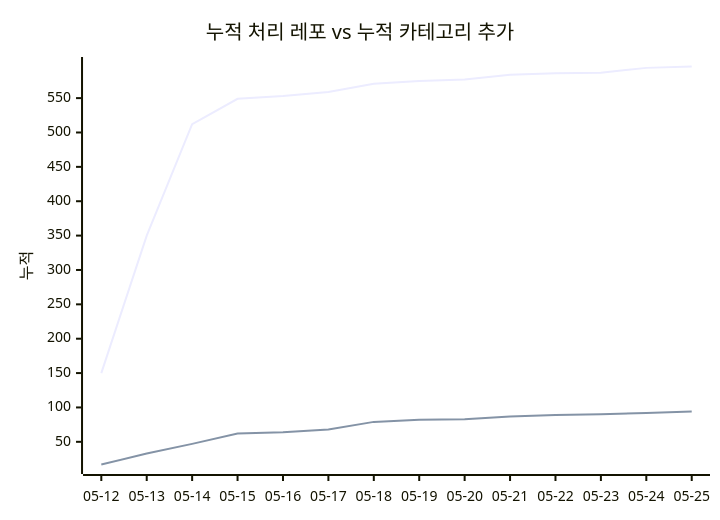
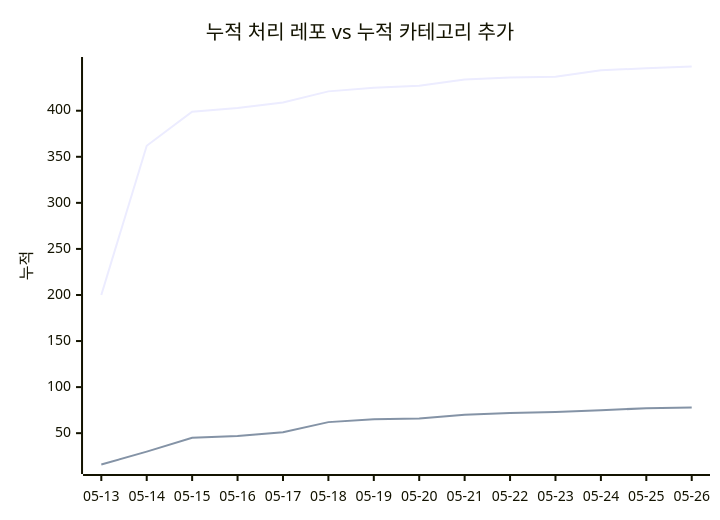
The second of 2 diagrams in docs/trends.md (J-nowcow/awesome-korean-agent-skills), drawn with Mermaid before and after one commit. The commit also changed other lines of this file and 4 other files, not shown here.

````diff
--- a/docs/trends.md
+++ b/docs/trends.md
@@ -68,8 +68,8 @@
 ```mermaid
 xychart-beta
     title "누적 처리 레포 vs 누적 카테고리 추가"
-    x-axis ["05-12","05-13","05-14","05-15","05-16","05-17","05-18","05-19","05-20","05-21","05-22","05-23","05-24","05-25"]
+    x-axis ["05-13","05-14","05-15","05-16","05-17","05-18","05-19","05-20","05-21","05-22","05-23","05-24","05-25","05-26"]
     y-axis "누적"
-    line [150,350,512,549,553,559,571,575,577,584,586,587,594,596]
-    line [17,33,47,62,64,68,79,82,83,87,89,90,92,94]
+    line [200,362,399,403,409,421,425,427,434,436,437,444,446,448]
+    line [16,30,45,47,51,62,65,66,70,72,73,75,77,78]
 ```
````
